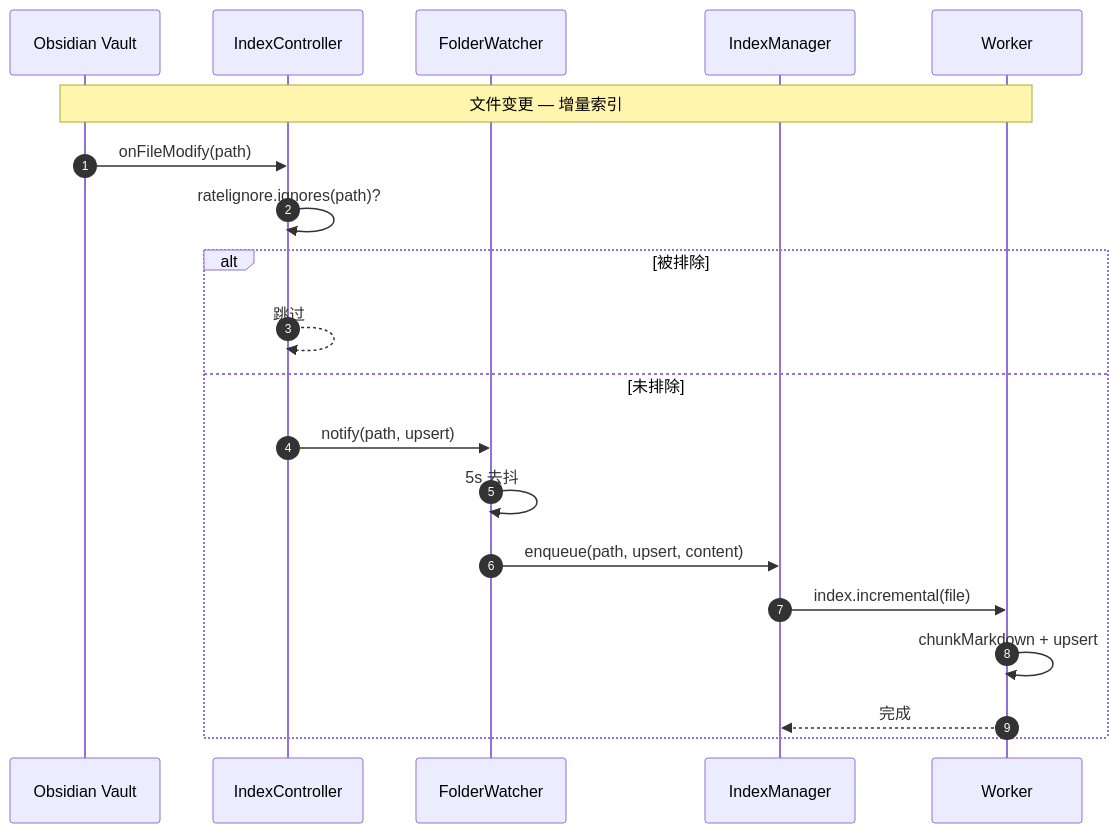
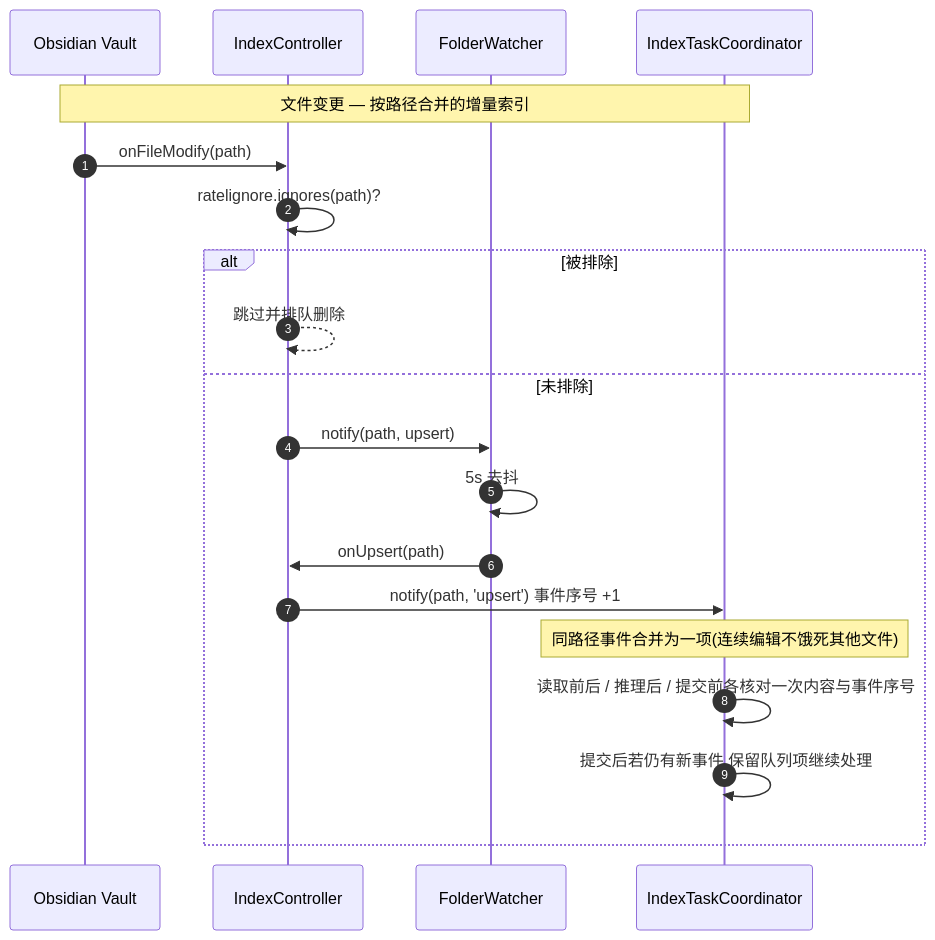
Before and after one commit to golddream-y/obsidian-ratel: the second of 8 diagrams in docs/architecture/rag/vector-index.md, drawn with Mermaid. The commit also changed other lines of this file and 26 other files, not shown here.

````diff
--- a/docs/architecture/rag/vector-index.md
+++ b/docs/architecture/rag/vector-index.md
@@ -89,24 +85,24 @@
 ```mermaid
 sequenceDiagram
     autonumber
     participant V as Obsidian Vault
     participant IC as IndexController
     participant FW as FolderWatcher
-    participant IM as IndexManager
-    participant WP as Worker
+    participant TC as IndexTaskCoordinator
 
-    Note over V,WP: 文件变更 — 增量索引
+    Note over V,TC: 文件变更 — 按路径合并的增量索引
 
     V->>IC: onFileModify(path)
     IC->>IC: ratelignore.ignores(path)?
     alt 被排除
-        IC-->>IC: 跳过
+        IC-->>IC: 跳过并排队删除
     else 未排除
         IC->>FW: notify(path, upsert)
         FW->>FW: 5s 去抖
-        FW->>IM: enqueue(path, upsert, content)
-        IM->>WP: index.incremental(file)
-        WP->>WP: chunkMarkdown + upsert
-        WP-->>IM: 完成
+        FW->>IC: onUpsert(path)
+        IC->>TC: notify(path, 'upsert') 事件序号 +1
+        Note over TC: 同路径事件合并为一项(连续编辑不饿死其他文件)
+        TC->>TC: 读取前后 / 推理后 / 提交前各核对一次内容与事件序号
+        TC->>TC: 提交后若仍有新事件,保留队列项继续处理
     end
 ```
````
